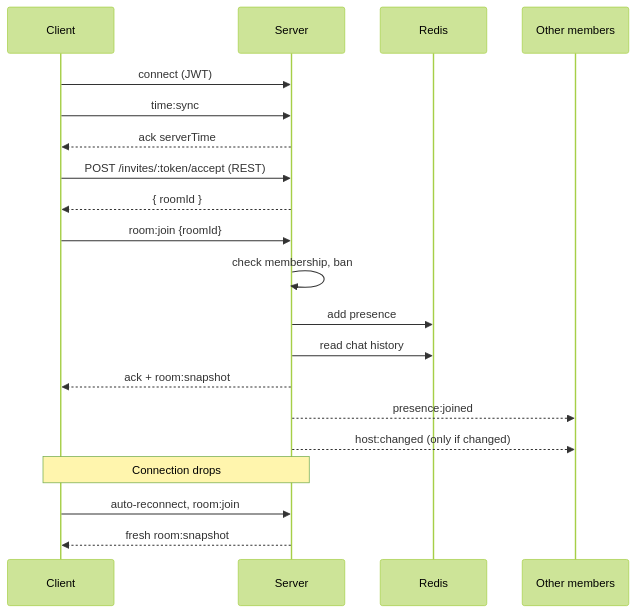
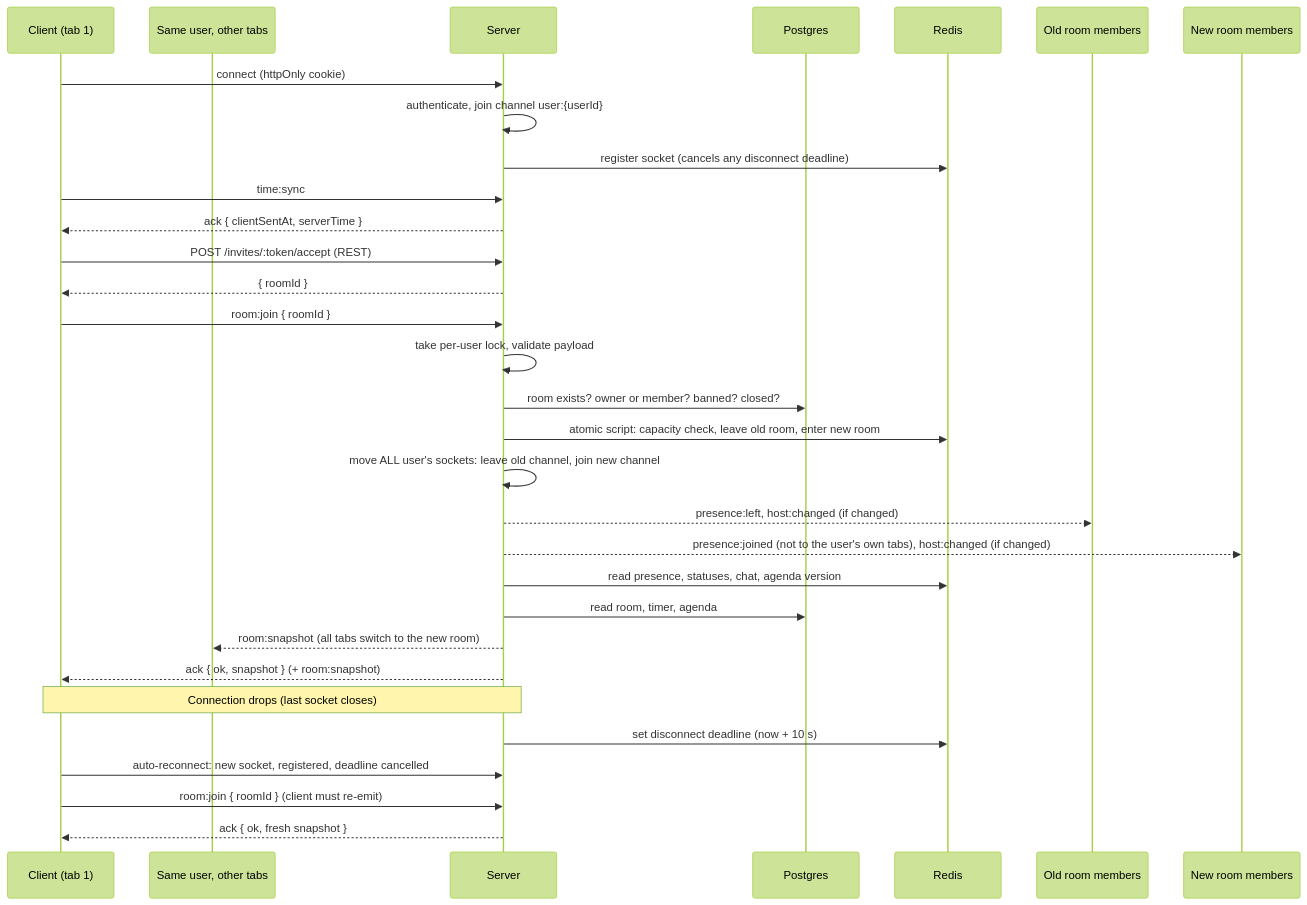
The first of 2 diagrams in docs/websocket-events.md (AaliyahBatool/NekoStudy), drawn with Mermaid (forest theme) before and after one commit. The commit also changed other lines of this file and 12 other files, not shown here.

````diff
--- a/docs/websocket-events.md
+++ b/docs/websocket-events.md
@@ -153,22 +187,33 @@
 ```mermaid
 sequenceDiagram
-    participant C as Client
+    participant C as Client (tab 1)
+    participant C2 as Same user, other tabs
     participant S as Server
+    participant D as Postgres
     participant R as Redis
-    participant O as Other members
-    C->>S: connect (JWT)
+    participant OLD as Old room members
+    participant O as New room members
+    C->>S: connect (httpOnly cookie)
+    S->>S: authenticate, join channel user:{userId}
+    S->>R: register socket (cancels any disconnect deadline)
     C->>S: time:sync
-    S-->>C: ack serverTime
+    S-->>C: ack { clientSentAt, serverTime }
     C->>S: POST /invites/:token/accept (REST)
     S-->>C: { roomId }
-    C->>S: room:join {roomId}
-    S->>S: check membership, ban
-    S->>R: add presence
-    S->>R: read chat history
-    S-->>C: ack + room:snapshot
-    S-->>O: presence:joined
-    S-->>O: host:changed (only if changed)
-    Note over C,S: Connection drops
-    C->>S: auto-reconnect, room:join
-    S-->>C: fresh room:snapshot
+    C->>S: room:join { roomId }
+    S->>S: take per-user lock, validate payload
+    S->>D: room exists? owner or member? banned? closed?
+    S->>R: atomic script: capacity check, leave old room, enter new room
+    S->>S: move ALL user's sockets: leave old channel, join new channel
+    S-->>OLD: presence:left, host:changed (if changed)
+    S-->>O: presence:joined (not to the user's own tabs), host:changed (if changed)
+    S->>R: read presence, statuses, chat, agenda version
+    S->>D: read room, timer, agenda
+    S-->>C2: room:snapshot (all tabs switch to the new room)
+    S-->>C: ack { ok, snapshot } (+ room:snapshot)
+    Note over C,S: Connection drops (last socket closes)
+    S->>R: set disconnect deadline (now + 10 s)
+    C->>S: auto-reconnect: new socket, registered, deadline cancelled
+    C->>S: room:join { roomId } (client must re-emit)
+    S-->>C: ack { ok, fresh snapshot }
 ```
````
